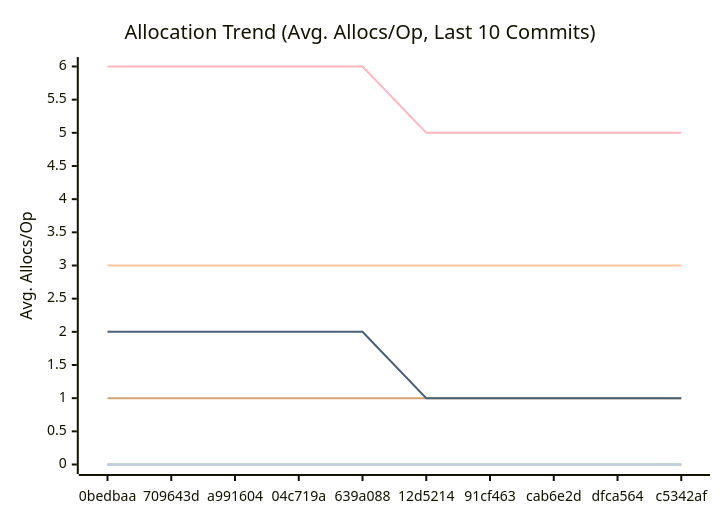
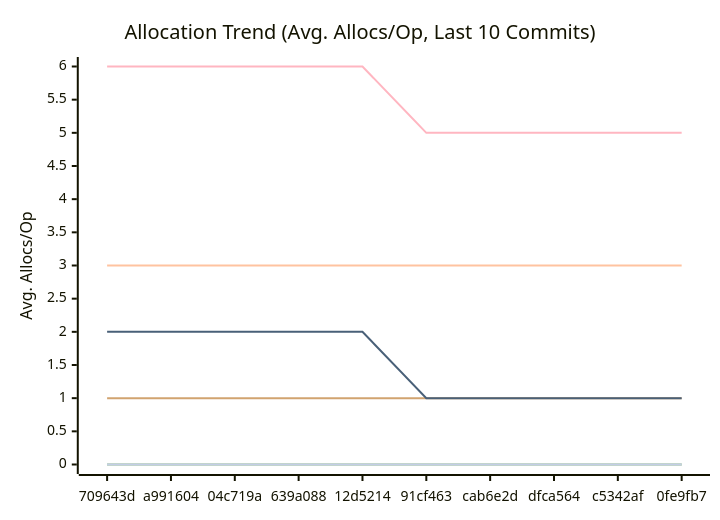
The third of 3 diagrams in docs/PERFORMANCE.md (alsotoes/momo), drawn with Mermaid before and after one commit. The commit also changed other lines of this file and 2 other files, not shown here.

````diff
--- a/docs/PERFORMANCE.md
+++ b/docs/PERFORMANCE.md
@@ -114,16 +114,16 @@
 ```mermaid
 xychart-beta
     title "Allocation Trend (Avg. Allocs/Op, Last 10 Commits)"
     x-axis "Commit"
     y-axis "Avg. Allocs/Op"
-    x-axis [0bedbaa,709643d,a991604,04c719a,639a088,12d5214,91cf463,cab6e2d,dfca564,c5342af]
+    x-axis [709643d,a991604,04c719a,639a088,12d5214,91cf463,cab6e2d,dfca564,c5342af,0fe9fb7]
     line "CheckMetricsAndSwap" [0,0,0,0,0,0,0,0,0,0]
     line "CrushOptimized" [0,0,0,0,0,0,0,0,0,0]
     line "CrushOriginal" [3,3,3,3,3,3,3,3,3,3]
     line "IndexDirectTracking" [0,0,0,0,0,0,0,0,0,0]
     line "IndexSearch" [0,0,0,0,0,0,0,0,0,0]
     line "LoadGlobalConfig" [1,1,1,1,1,1,1,1,1,1]
     line "PadString" [0,0,0,0,0,0,0,0,0,0]
     line "ParseReplicationOrder_NoPrealloc" [6,6,6,6,6,5,5,5,5,5]
     line "ParseReplicationOrder_Prealloc" [2,2,2,2,2,1,1,1,1,1]
 ```
````
